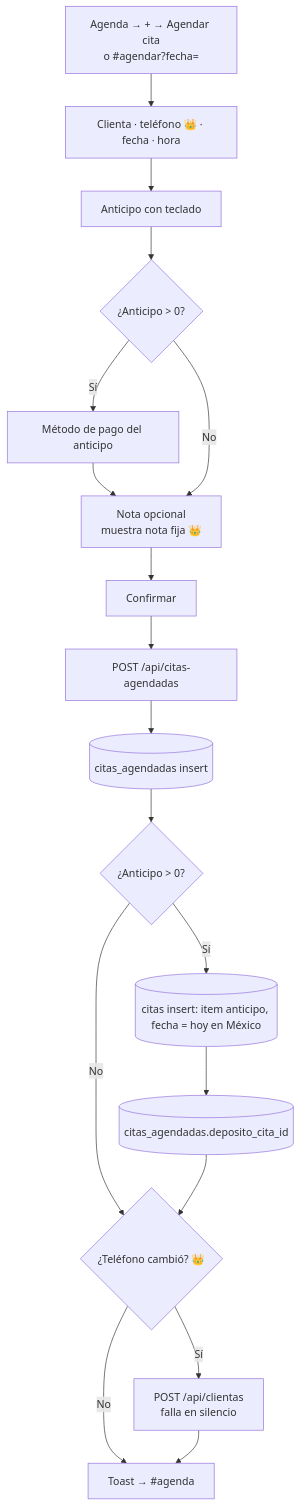
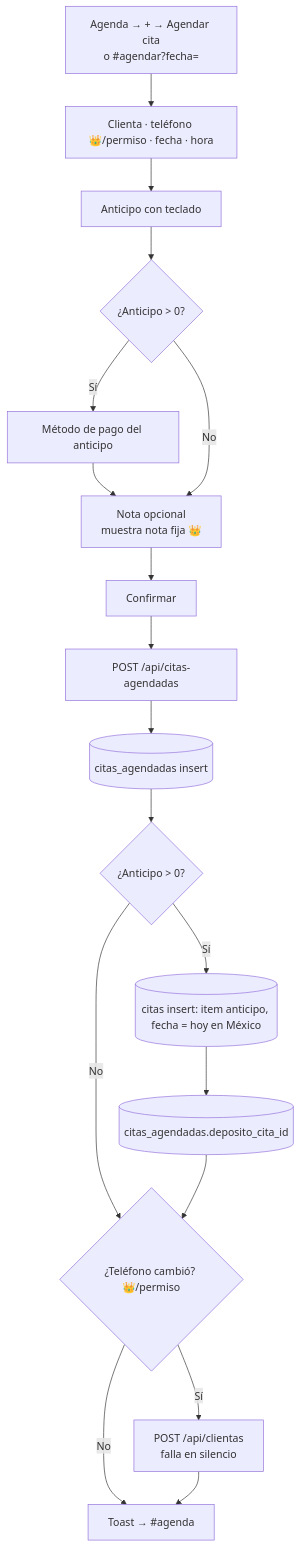
The sixth of 14 diagrams in docs/AppFlow.md (jesusangelsr12-dotcom/MarthaRdzApp), drawn with Mermaid before and after one commit. The commit also changed other lines of this file and 21 other files, not shown here.

````diff
--- a/docs/AppFlow.md
+++ b/docs/AppFlow.md
@@ -161,18 +161,18 @@
 ```mermaid
 flowchart TD
-  A["Agenda → + → Agendar cita<br/>o #agendar?fecha="] --> B[Clienta · teléfono 👑 · fecha · hora]
+  A["Agenda → + → Agendar cita<br/>o #agendar?fecha="] --> B[Clienta · teléfono 👑/permiso · fecha · hora]
   B --> C[Anticipo con teclado]
   C --> D{¿Anticipo > 0?}
   D -- Sí --> E[Método de pago del anticipo] --> F
   D -- No --> F[Nota opcional<br/>muestra nota fija 👑]
   F --> G[Confirmar] --> H[POST /api/citas-agendadas]
   H --> I[(citas_agendadas insert)]
   I --> J{¿Anticipo > 0?}
   J -- Sí --> K[(citas insert: item anticipo, fecha = hoy en México)]
   K --> K2[(citas_agendadas.deposito_cita_id)]
   J -- No --> L
-  K2 --> L{¿Teléfono cambió? 👑}
+  K2 --> L{¿Teléfono cambió? 👑/permiso}
   L -- Sí --> M[POST /api/clientas<br/>falla en silencio]
   L -- No --> N
   M --> N["Toast → #agenda"]
 ```
````
